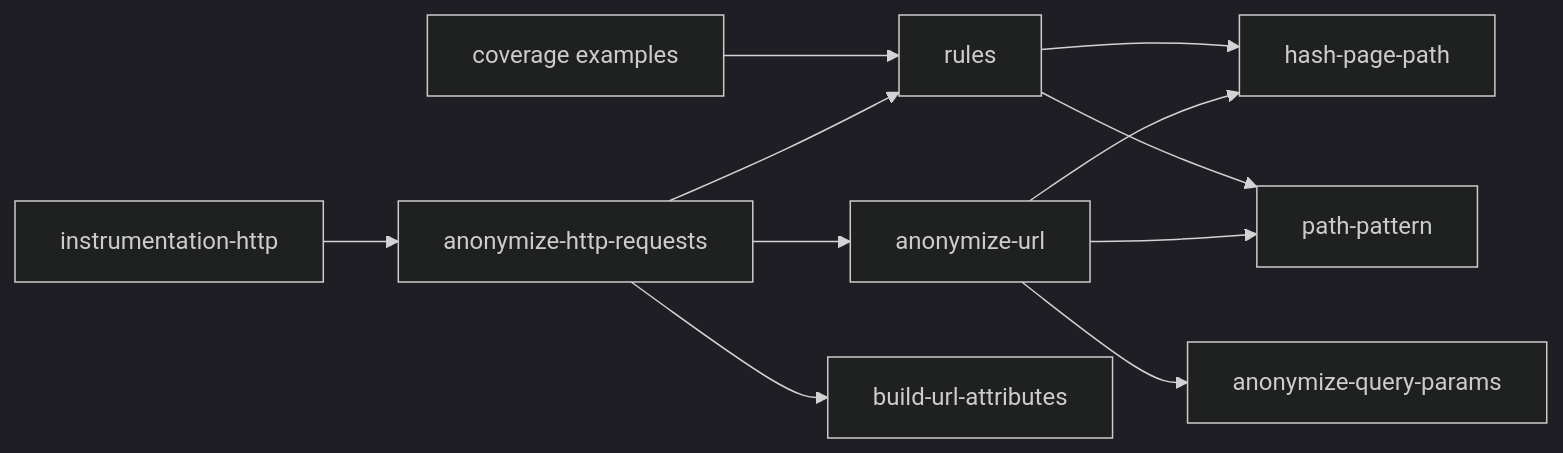
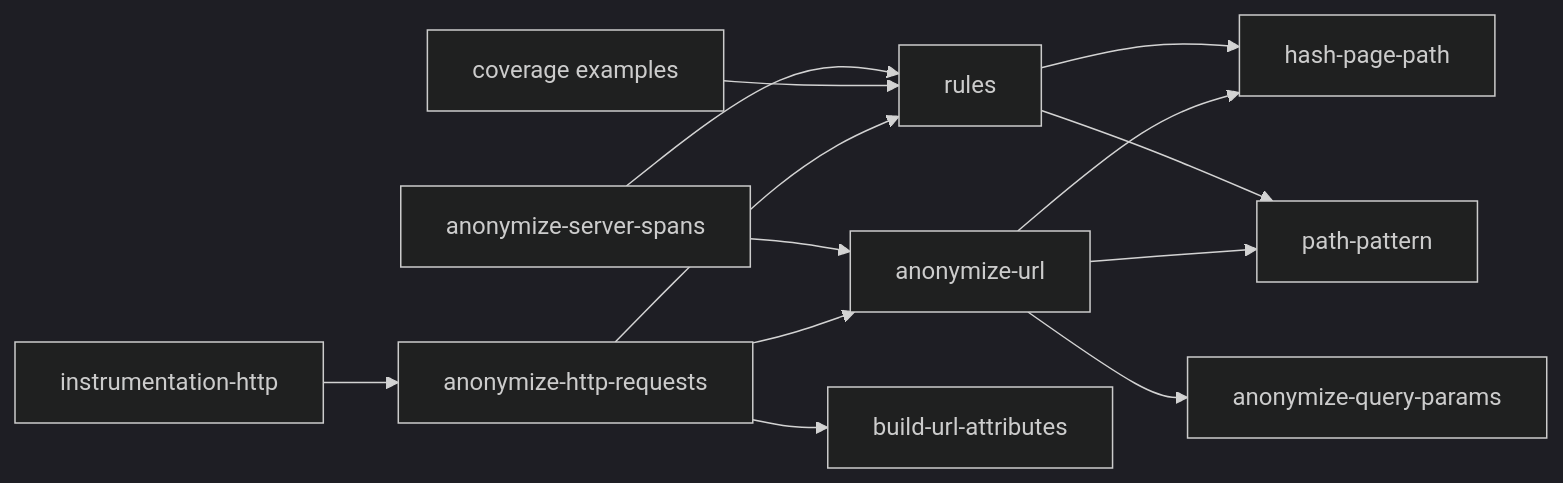
Before and after one commit to growilabs/growi: the first of 2 diagrams in .kiro/specs/opentelemetry-anonymization/design.md, drawn with Mermaid (dark theme). The commit also changed other lines of this file and 11 other files, not shown here.

First line of the commit message:
fix(opentelemetry-anonymization): anonymize http.target of Next.js server spans

````diff
--- a/.kiro/specs/opentelemetry-anonymization/design.md
+++ b/.kiro/specs/opentelemetry-anonymization/design.md
@@ -69,13 +72,15 @@
 ```mermaid
 graph LR
     Instr[instrumentation-http] --> Hook[anonymize-http-requests]
     Hook --> Exec[anonymize-url]
     Hook --> Rules[rules]
     Hook --> UrlAttr[build-url-attributes]
     Exec --> Hash[hash-page-path]
     Exec --> Pattern[path-pattern]
     Exec --> Query[anonymize-query-params]
     Rules --> Pattern
     Rules --> Hash
     Coverage[coverage examples] --> Rules
+    Proc[anonymize-server-spans] --> Exec
+    Proc --> Rules
 ```
````
